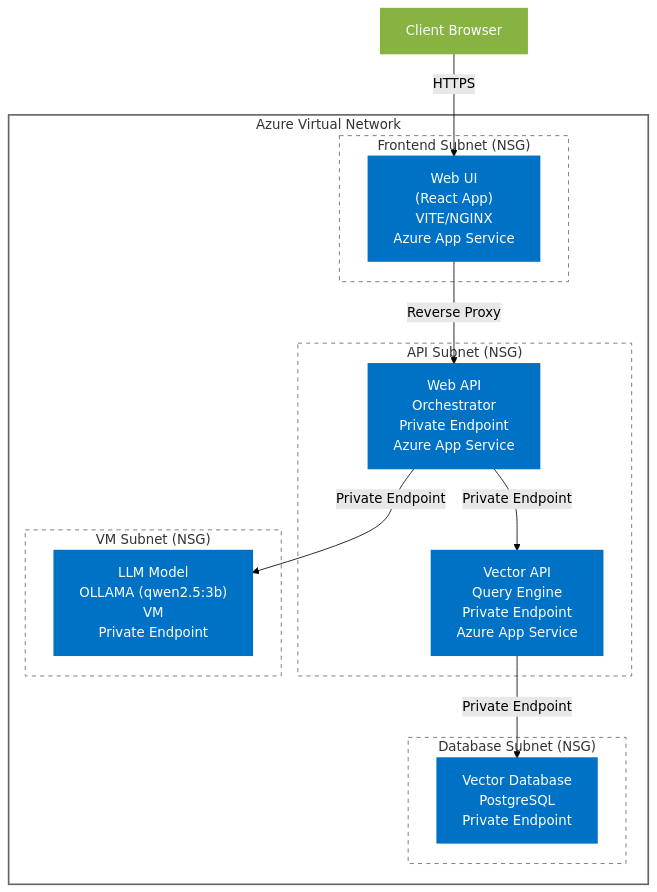
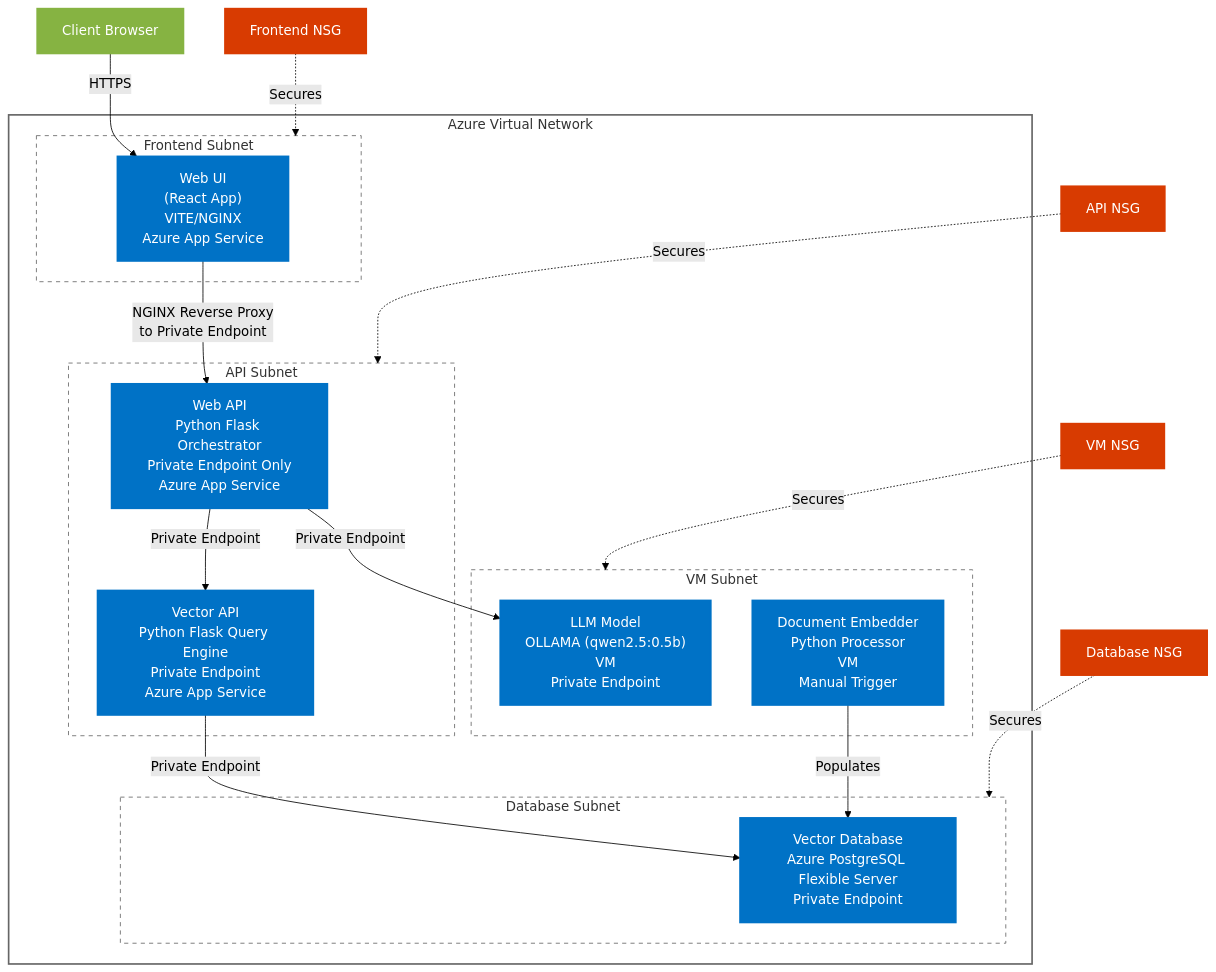
The first of 2 diagrams in Architecure Overview.md (bcgov/EPIC.search), drawn with Mermaid (forest theme) before and after one commit. The commit also changed other lines of this file and 1 other file, not shown here.

````diff
--- a/Architecure Overview.md
+++ b/Architecure Overview.md
@@ -53,49 +5,66 @@
 ```mermaid
 graph TB
     %% Nodes
     WebUI["Web UI<br>(React App)<br>VITE/NGINX<br>Azure App Service"]
-    WebAPI["Web API<br>Orchestrator<br>Private Endpoint<br>Azure App Service"]
-    VectorAPI["Vector API<br>Query Engine<br>Private Endpoint<br>Azure App Service"]
-    VectorDB["Vector Database<br>PostgreSQL<br>Private Endpoint"]
-    LLM["LLM Model<br>OLLAMA (qwen2.5:3b)<br>VM<br>Private Endpoint"]
+    WebAPI["Web API<br>Python Flask Orchestrator<br>Private Endpoint Only<br>Azure App Service"]
+    VectorAPI["Vector API<br>Python Flask Query Engine<br>Private Endpoint<br>Azure App Service"]
+    VectorDB["Vector Database<br>Azure PostgreSQL Flexible Server<br>Private Endpoint"]
+    LLM["LLM Model<br>OLLAMA (qwen2.5:0.5b)<br>VM<br>Private Endpoint"]
+    Embedder["Document Embedder<br>Python Processor<br>VM<br>Manual Trigger"]
     Client["Client Browser"]
     
-    %% Connections
+    %% NSG nodes
+    FNSG["Frontend NSG"]
+    ANSG["API NSG"]
+    DNSG["Database NSG"]
+    VNSG["VM NSG"]
+      %% Connections
     Client -->|HTTPS| WebUI
-    WebUI -->|Reverse Proxy| WebAPI
+    WebUI -->|NGINX Reverse Proxy<br>to Private Endpoint| WebAPI
     WebAPI -->|Private Endpoint| VectorAPI
     VectorAPI -->|Private Endpoint| VectorDB
     WebAPI -->|Private Endpoint| LLM
+    Embedder -->|Populates| VectorDB
     
-    %% Styling
+    %% NSG connections - visual relationship
+    FNSG -.->|Secures| FSNET
+    ANSG -.->|Secures| ASNET
+    DNSG -.->|Secures| DSNET
+    VNSG -.->|Secures| VSNET
+      %% Styling
     style WebUI fill:#0072C6,color:white,stroke:#0072C6,stroke-width:2px
     style WebAPI fill:#0072C6,color:white,stroke:#0072C6,stroke-width:2px
     style VectorAPI fill:#0072C6,color:white,stroke:#0072C6,stroke-width:2px
     style VectorDB fill:#0072C6,color:white,stroke:#0072C6,stroke-width:2px
     style LLM fill:#0072C6,color:white,stroke:#0072C6,stroke-width:2px
+    style Embedder fill:#0072C6,color:white,stroke:#0072C6,stroke-width:2px
     style Client fill:#86B342,color:white,stroke:#86B342,stroke-width:2px
+    style FNSG fill:#D83B01,color:white,stroke:#D83B01,stroke-width:2px
+    style ANSG fill:#D83B01,color:white,stroke:#D83B01,stroke-width:2px
+    style DNSG fill:#D83B01,color:white,stroke:#D83B01,stroke-width:2px
+    style VNSG fill:#D83B01,color:white,stroke:#D83B01,stroke-width:2px
     
     %% Grouping with labels
     subgraph VNET["Azure Virtual Network"]
-        subgraph FSNET["Frontend Subnet (NSG)"]
+        subgraph FSNET["Frontend Subnet"]
             WebUI
         end
-        subgraph ASNET["API Subnet (NSG)"]
+        subgraph ASNET["API Subnet"]
             WebAPI
             VectorAPI
         end
-        subgraph DSNET["Database Subnet (NSG)"]
+        subgraph DSNET["Database Subnet"]
             VectorDB
-        end
-        subgraph VSNET["VM Subnet (NSG)"]
+        end        subgraph VSNET["VM Subnet"]
             LLM
+            Embedder
         end
     end
     
     %% Style the subnets
     style VNET fill:none,stroke:#666,stroke-width:2px
     style FSNET fill:none,stroke:#666,stroke-width:1px,stroke-dasharray:5 5
     style ASNET fill:none,stroke:#666,stroke-width:1px,stroke-dasharray:5 5
     style DSNET fill:none,stroke:#666,stroke-width:1px,stroke-dasharray:5 5
     style VSNET fill:none,stroke:#666,stroke-width:1px,stroke-dasharray:5 5
 ```
````
